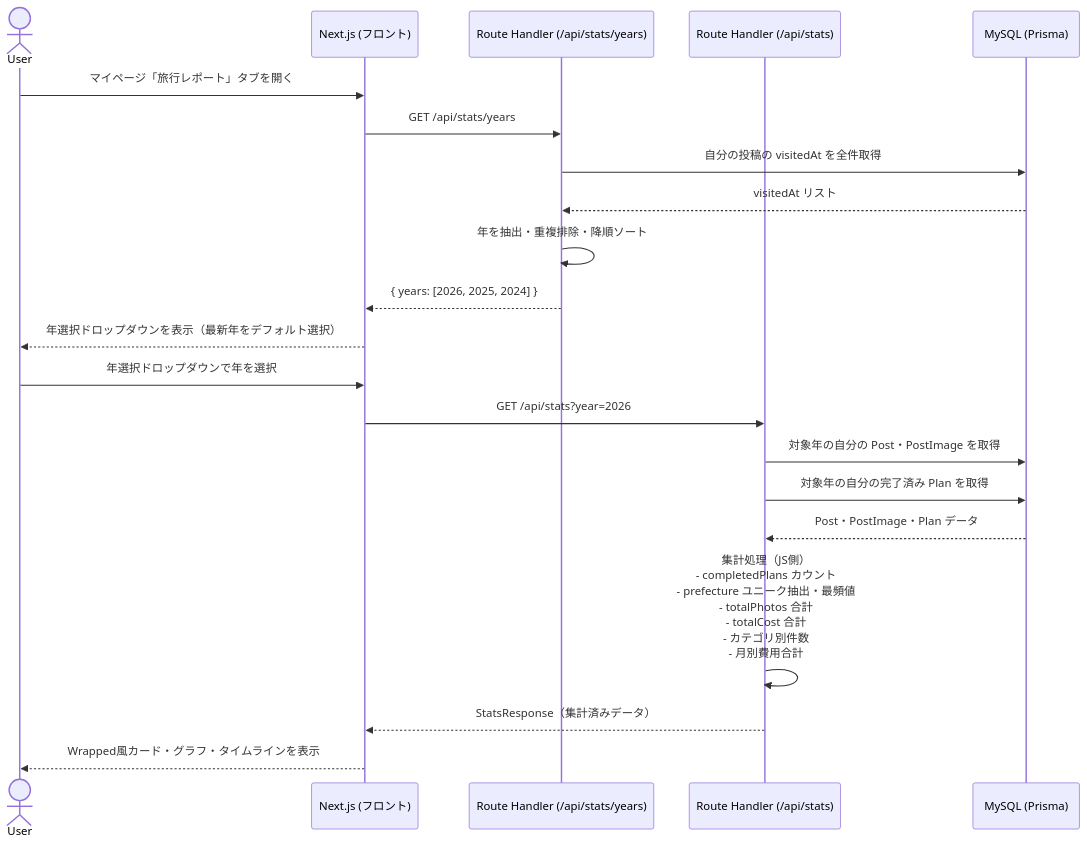
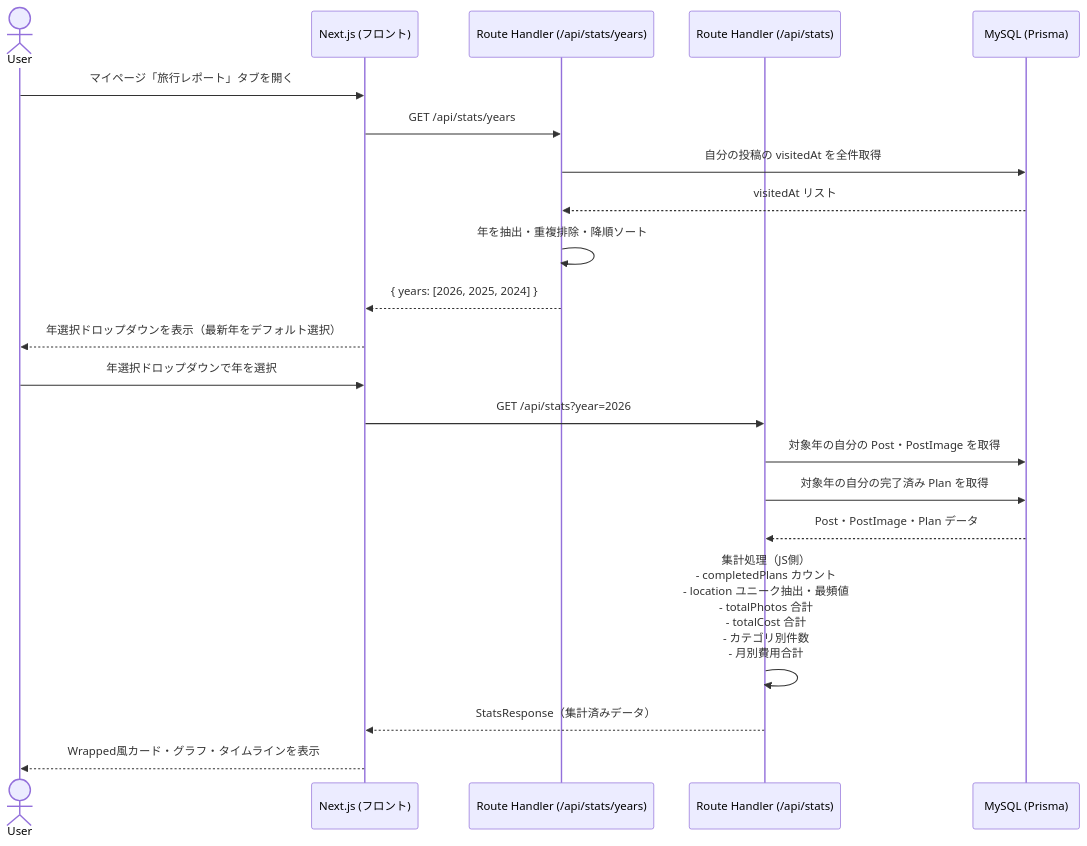
One commit to saki-nakata/TripDiary changed the tenth of 10 diagrams in docs/シーケンス図.md. Above: the diagram before and after it, drawn with Mermaid. The commit also changed other lines of this file and 66 other files, not shown here.

````diff
--- a/docs/シーケンス図.md
+++ b/docs/シーケンス図.md
@@ -279,25 +281,25 @@
 ```mermaid
 sequenceDiagram
     actor User
     participant FE as Next.js (フロント)
     participant YearsAPI as Route Handler (/api/stats/years)
     participant StatsAPI as Route Handler (/api/stats)
     participant DB as MySQL (Prisma)
 
     User->>FE: マイページ「旅行レポート」タブを開く
     FE->>YearsAPI: GET /api/stats/years
     YearsAPI->>DB: 自分の投稿の visitedAt を全件取得
     DB-->>YearsAPI: visitedAt リスト
     YearsAPI->>YearsAPI: 年を抽出・重複排除・降順ソート
     YearsAPI-->>FE: { years: [2026, 2025, 2024] }
     FE-->>User: 年選択ドロップダウンを表示（最新年をデフォルト選択）
 
     User->>FE: 年選択ドロップダウンで年を選択
     FE->>StatsAPI: GET /api/stats?year=2026
     StatsAPI->>DB: 対象年の自分の Post・PostImage を取得
     StatsAPI->>DB: 対象年の自分の完了済み Plan を取得
     DB-->>StatsAPI: Post・PostImage・Plan データ
-    StatsAPI->>StatsAPI: 集計処理（JS側）<br/>- completedPlans カウント<br/>- prefecture ユニーク抽出・最頻値<br/>- totalPhotos 合計<br/>- totalCost 合計<br/>- カテゴリ別件数<br/>- 月別費用合計
+    StatsAPI->>StatsAPI: 集計処理（JS側）<br/>- completedPlans カウント<br/>- location ユニーク抽出・最頻値<br/>- totalPhotos 合計<br/>- totalCost 合計<br/>- カテゴリ別件数<br/>- 月別費用合計
     StatsAPI-->>FE: StatsResponse（集計済みデータ）
     FE-->>User: Wrapped風カード・グラフ・タイムラインを表示
 ```
````
